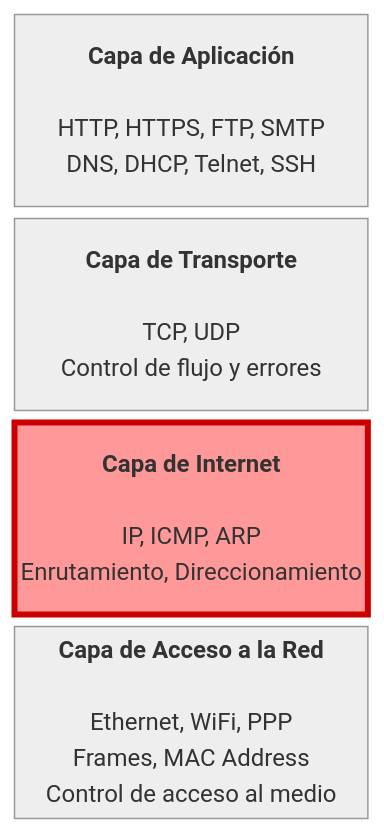
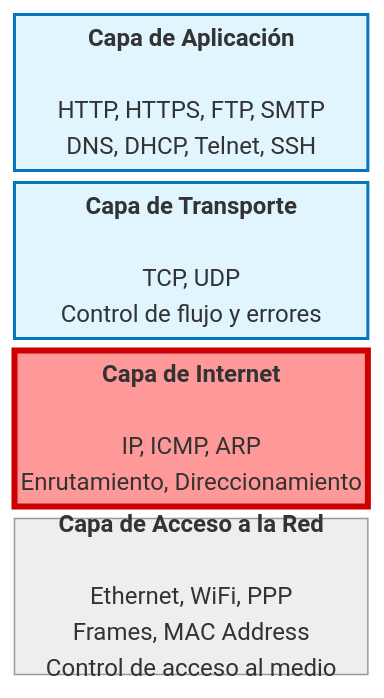
Before and after one commit to rrunix/jer_slides: the first of 4 diagrams in ch1_p3_network.qmd, drawn with Mermaid (neutral theme).

Commit message:
minor updates

````diff
--- a/ch1_p3_network.qmd
+++ b/ch1_p3_network.qmd
@@ -45,18 +45,18 @@
 ```{mermaid}
 block-beta
     columns 1
     
     A["<b>Capa de Aplicación</b><br/><br/>HTTP, HTTPS, FTP, SMTP<br/>DNS, DHCP, Telnet, SSH"]
     
     B["<b>Capa de Transporte</b><br/><br/>TCP, UDP<br/>Control de flujo y errores"]
     
     C["<b>Capa de Internet</b><br/><br/>IP, ICMP, ARP<br/>Enrutamiento, Direccionamiento"]
     
     D["<b>Capa de Acceso a la Red</b><br/><br/>Ethernet, WiFi, PPP<br/>Frames, MAC Address<br/>Control de acceso al medio"]
     
     classDef highlight fill:#ff9999,stroke:#cc0000,stroke-width:4px,color:#000
     classDef normal fill:#e1f5fe,stroke:#0277bd,stroke-width:2px,color:#000
     
     class C highlight
-    class A,B, Dnormal
+    class A,B, D normal
 ```
````
